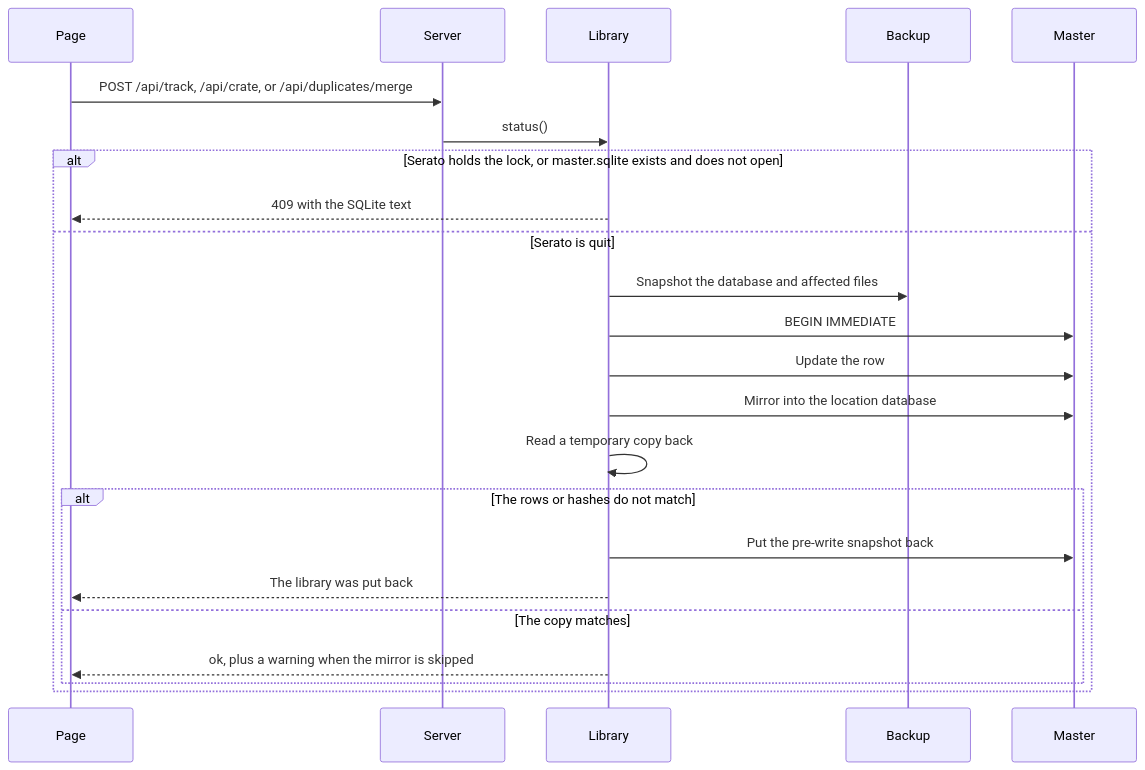
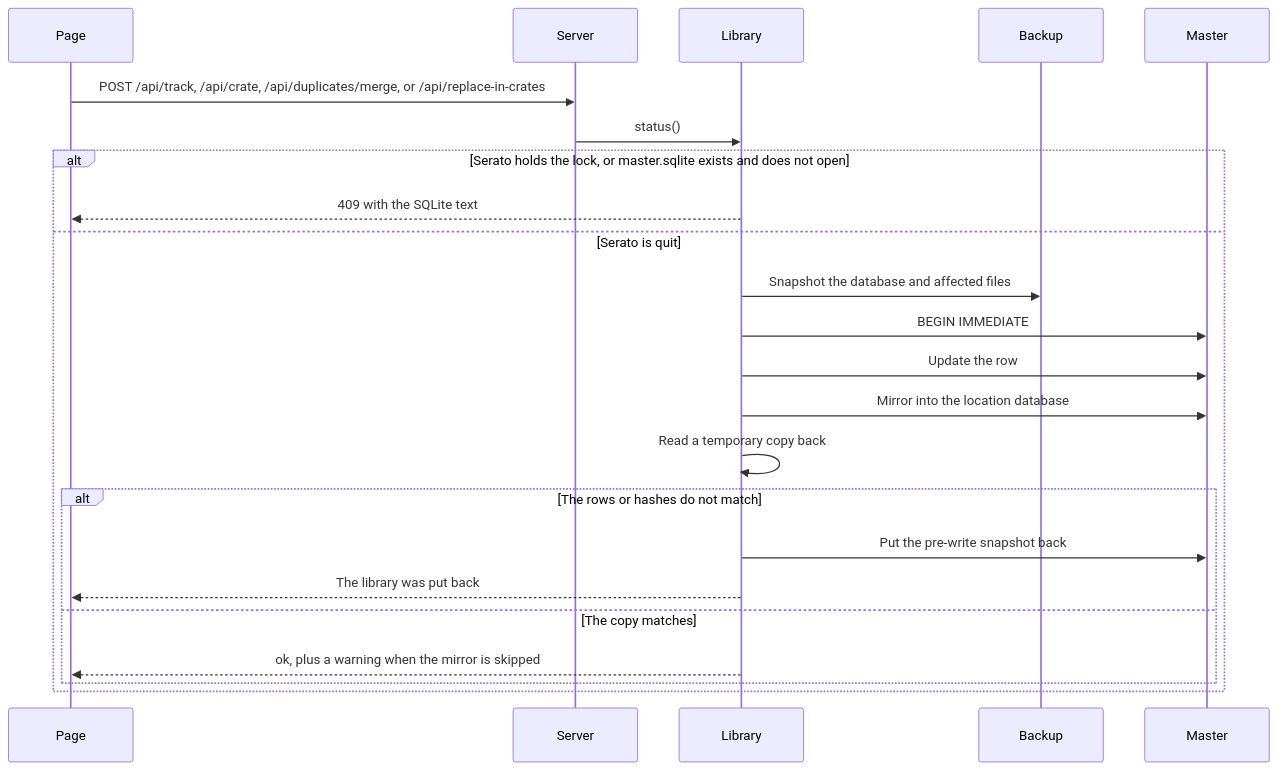
Before and after one commit to mookiejones/crateCraft: the second of 2 diagrams in docs/architecture.md, drawn with Mermaid. The commit also changed other lines of this file and 30 other files, not shown here.

First line of the commit message:
Put a replacement track in every crate that holds another

````diff
--- a/docs/architecture.md
+++ b/docs/architecture.md
@@ -579,26 +582,26 @@
 ```mermaid
 sequenceDiagram
 participant Page
 participant Server
 participant Library
 participant Backup
 participant Master
 
-Page->>Server: POST /api/track, /api/crate, or /api/duplicates/merge
+Page->>Server: POST /api/track, /api/crate, /api/duplicates/merge, or /api/replace-in-crates
 Server->>Library: status()
 alt Serato holds the lock, or master.sqlite exists and does not open
 Library-->>Page: 409 with the SQLite text
 else Serato is quit
 Library->>Backup: Snapshot the database and affected files
 Library->>Master: BEGIN IMMEDIATE
 Library->>Master: Update the row
 Library->>Master: Mirror into the location database
 Library->>Library: Read a temporary copy back
 alt The rows or hashes do not match
 Library->>Master: Put the pre-write snapshot back
 Library-->>Page: The library was put back
 else The copy matches
 Library-->>Page: ok, plus a warning when the mirror is skipped
 end
 end
 ```
````
